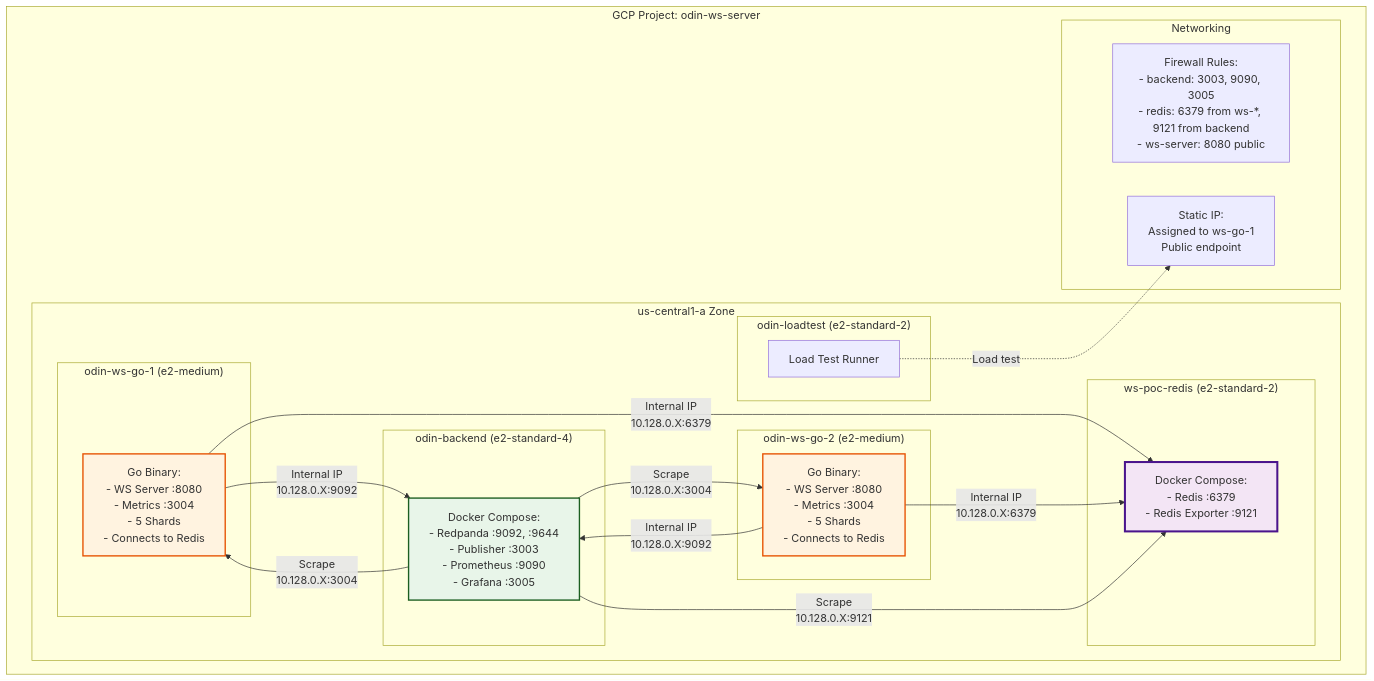
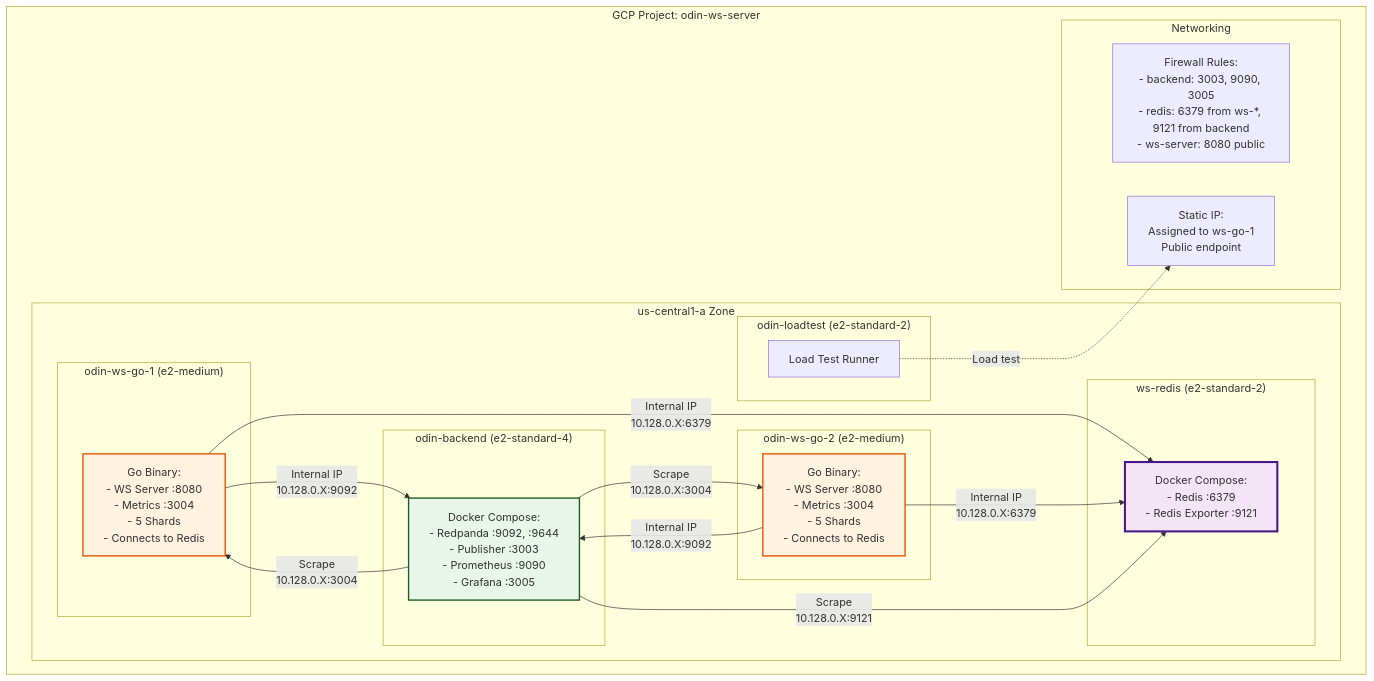
The fourth of 4 diagrams in docs/architecture/infrastructure-diagram.md (klurvio/sukko), drawn with Mermaid before and after one commit. The commit also changed other lines of this file and 5 other files, not shown here.

First line of the commit message:
refactor: rename ws-poc-redis to ws-redis, include in delete:all

````diff
--- a/docs/architecture/infrastructure-diagram.md
+++ b/docs/architecture/infrastructure-diagram.md
@@ -227,48 +227,48 @@
 ```mermaid
 graph TB
     subgraph "GCP Project: odin-ws-server"
         subgraph "us-central1-a Zone"
 
             subgraph "odin-backend (e2-standard-4)"
                 BE1[Docker Compose:<br/>- Redpanda :9092, :9644<br/>- Publisher :3003<br/>- Prometheus :9090<br/>- Grafana :3005]
             end
 
-            subgraph "ws-poc-redis (e2-standard-2)"
+            subgraph "ws-redis (e2-standard-2)"
                 RED1[Docker Compose:<br/>- Redis :6379<br/>- Redis Exporter :9121]
             end
 
             subgraph "odin-ws-go-1 (e2-medium)"
                 WS1[Go Binary:<br/>- WS Server :8080<br/>- Metrics :3004<br/>- 5 Shards<br/>- Connects to Redis]
             end
 
             subgraph "odin-ws-go-2 (e2-medium)"
                 WS2[Go Binary:<br/>- WS Server :8080<br/>- Metrics :3004<br/>- 5 Shards<br/>- Connects to Redis]
             end
 
             subgraph "odin-loadtest (e2-standard-2)"
                 LT1[Load Test Runner]
             end
 
         end
 
         subgraph "Networking"
             FW1[Firewall Rules:<br/>- backend: 3003, 9090, 3005<br/>- redis: 6379 from ws-*, 9121 from backend<br/>- ws-server: 8080 public]
             IP1[Static IP:<br/>Assigned to ws-go-1<br/>Public endpoint]
         end
 
     end
 
     WS1 -->|Internal IP<br/>10.128.0.X:6379| RED1
     WS2 -->|Internal IP<br/>10.128.0.X:6379| RED1
     WS1 -->|Internal IP<br/>10.128.0.X:9092| BE1
     WS2 -->|Internal IP<br/>10.128.0.X:9092| BE1
     BE1 -->|Scrape<br/>10.128.0.X:3004| WS1
     BE1 -->|Scrape<br/>10.128.0.X:3004| WS2
     BE1 -->|Scrape<br/>10.128.0.X:9121| RED1
     LT1 -.->|Load test| IP1
 
     style RED1 fill:#f3e5f5,stroke:#4a148c,stroke-width:3px
     style BE1 fill:#e8f5e9,stroke:#1b5e20,stroke-width:2px
     style WS1 fill:#fff3e0,stroke:#e65100,stroke-width:2px
     style WS2 fill:#fff3e0,stroke:#e65100,stroke-width:2px
 ```
````
